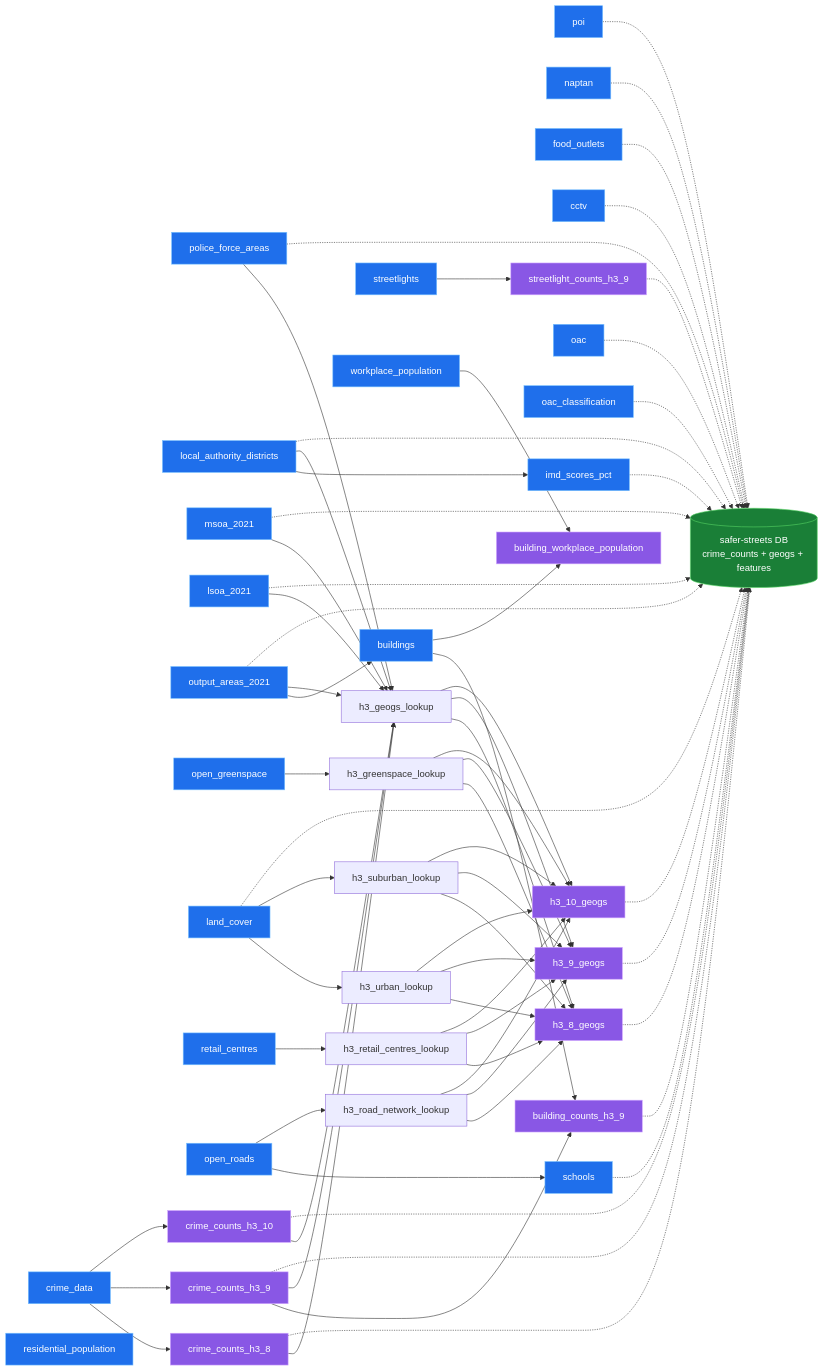
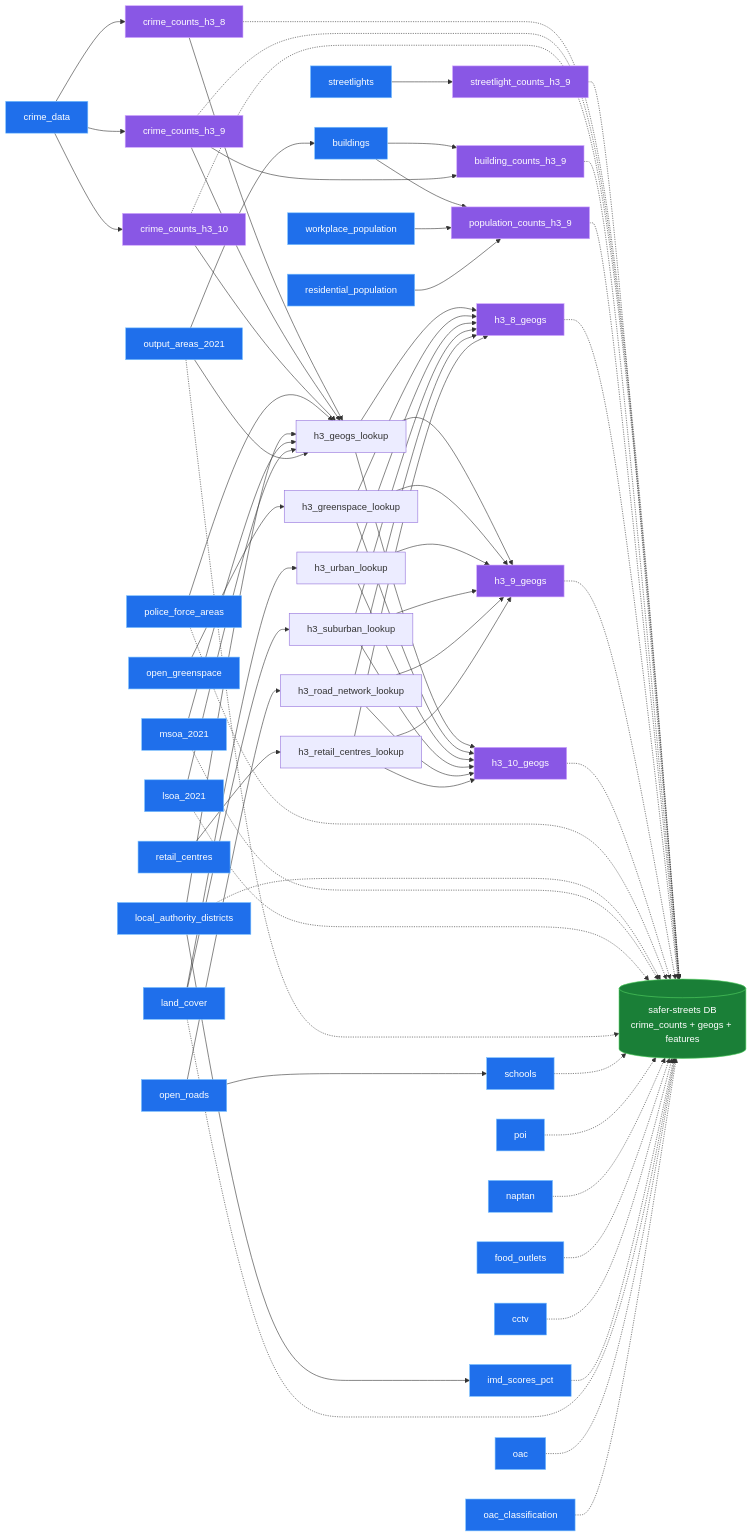
Before and after one commit to safer-streets/safer-streets-tooling: the diagram in README.md, drawn with Mermaid. The commit also changed other lines of this file and 6 other files, not shown here.

First line of the commit message:
Rework building_workplace into population_counts_h3_9

````diff
--- a/README.md
+++ b/README.md
@@ -73,7 +73,7 @@
    crime_counts_h3_10
    streetlight_counts_h3_9
    building_counts_h3_9
-   building_workplace_population
+   population_counts_h3_9
    h3_geogs_lookup
    h3_greenspace_lookup
    h3_urban_lookup
@@ -99,8 +99,9 @@
     streetlights --> streetlight_counts_h3_9
     buildings --> building_counts_h3_9
     crime_counts_h3_9 --> building_counts_h3_9
-    buildings --> building_workplace_population
-    workplace_population --> building_workplace_population
+    buildings --> population_counts_h3_9
+    workplace_population --> population_counts_h3_9
+    residential_population --> population_counts_h3_9
     crime_counts_h3_8 --> h3_geogs_lookup
     crime_counts_h3_9 --> h3_geogs_lookup
     crime_counts_h3_10 --> h3_geogs_lookup
@@ -139,6 +140,7 @@
     crime_counts_h3_10 -.-> database
     streetlight_counts_h3_9 -.-> database
     building_counts_h3_9 -.-> database
+    population_counts_h3_9 -.-> database
     h3_8_geogs -.-> database
     h3_9_geogs -.-> database
     h3_10_geogs -.-> database
@@ -162,6 +164,6 @@
     classDef transform fill:#8957e5,stroke:#d2a8ff,stroke-width:1px,color:#ffffff;
     classDef load fill:#1a7f37,stroke:#56d364,stroke-width:1px,color:#ffffff;
     class crime_data,police_force_areas,local_authority_districts,msoa_2021,lsoa_2021,output_areas_2021,open_greenspace,land_cover,buildings,retail_centres,open_roads,poi,naptan,food_outlets,streetlights,cctv,schools,imd_scores_pct,oac,oac_classification,workplace_population,residential_population extract;
-    class crime_counts_h3_8,crime_counts_h3_9,crime_counts_h3_10,streetlight_counts_h3_9,building_counts_h3_9,building_workplace_population,h3_8_geogs,h3_9_geogs,h3_10_geogs transform;
+    class crime_counts_h3_8,crime_counts_h3_9,crime_counts_h3_10,streetlight_counts_h3_9,building_counts_h3_9,population_counts_h3_9,h3_8_geogs,h3_9_geogs,h3_10_geogs transform;
     class database load;
 ```
````
